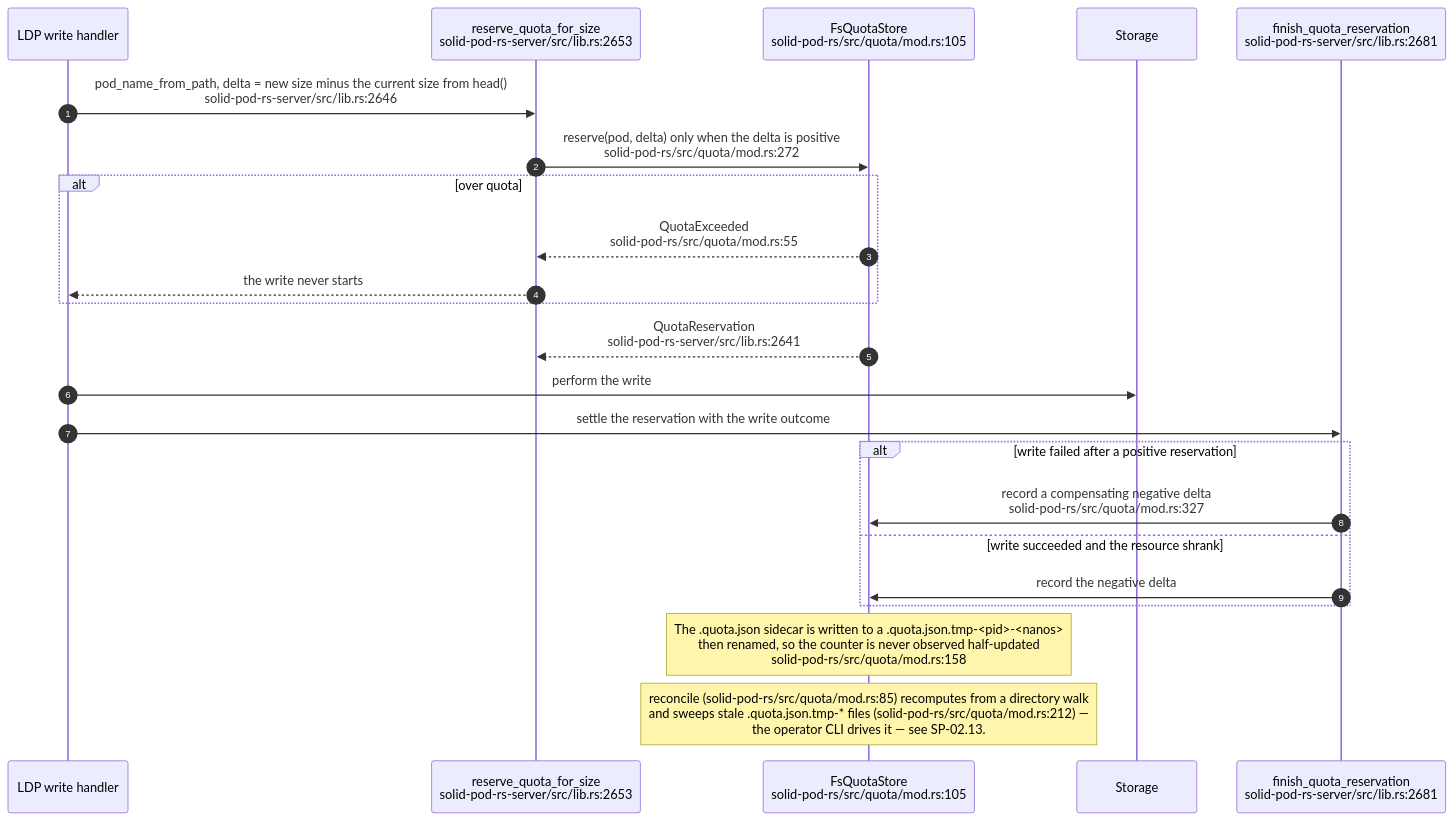
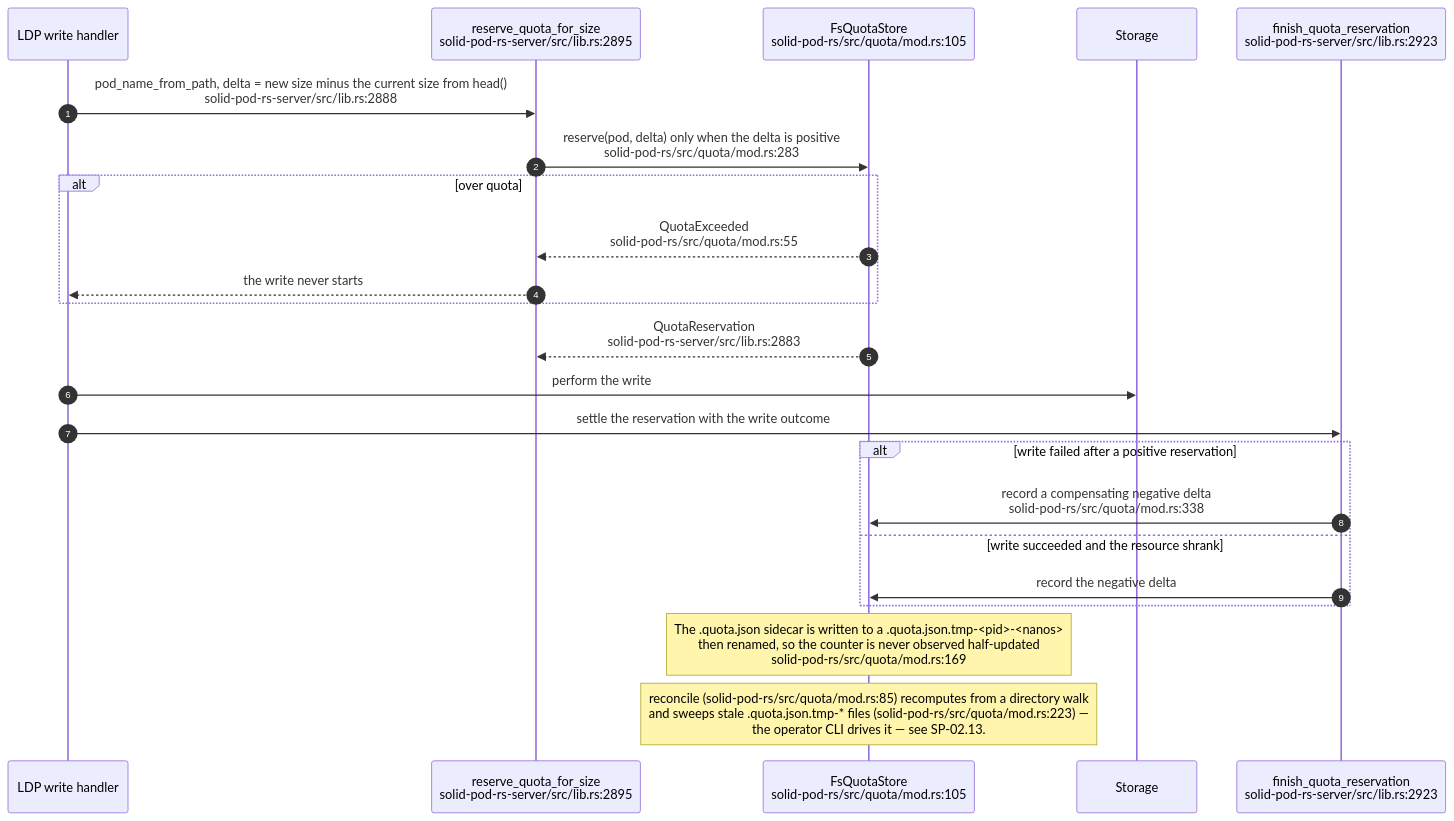
Before and after one commit to DreamLab-AI/VisionFlow: the fifth of 11 diagrams in docs/diagrams/solid-pod-rs/06-storage-quota-and-git-pods.md, drawn with Mermaid. The commit also changed other lines of this file and 59 other files, not shown here.

First line of the commit message:
docs(diagrams): re-derive and re-stamp forum, website, pod, ontomark and sealmap topics

````diff
--- a/docs/diagrams/solid-pod-rs/06-storage-quota-and-git-pods.md
+++ b/docs/diagrams/solid-pod-rs/06-storage-quota-and-git-pods.md
@@ -143,26 +145,26 @@
 ```mermaid
 sequenceDiagram
     autonumber
     participant H as LDP write handler
-    participant RQ as reserve_quota_for_size<br/>solid-pod-rs-server/src/lib.rs:2653
+    participant RQ as reserve_quota_for_size<br/>solid-pod-rs-server/src/lib.rs:2895
     participant Q as FsQuotaStore<br/>solid-pod-rs/src/quota/mod.rs:105
     participant S as Storage
-    participant FQ as finish_quota_reservation<br/>solid-pod-rs-server/src/lib.rs:2681
+    participant FQ as finish_quota_reservation<br/>solid-pod-rs-server/src/lib.rs:2923
 
-    H->>RQ: pod_name_from_path, delta = new size minus the current size from head()<br/>solid-pod-rs-server/src/lib.rs:2646
-    RQ->>Q: reserve(pod, delta) only when the delta is positive<br/>solid-pod-rs/src/quota/mod.rs:272
+    H->>RQ: pod_name_from_path, delta = new size minus the current size from head()<br/>solid-pod-rs-server/src/lib.rs:2888
+    RQ->>Q: reserve(pod, delta) only when the delta is positive<br/>solid-pod-rs/src/quota/mod.rs:283
     alt over quota
         Q-->>RQ: QuotaExceeded<br/>solid-pod-rs/src/quota/mod.rs:55
         RQ-->>H: the write never starts
     end
-    Q-->>RQ: QuotaReservation<br/>solid-pod-rs-server/src/lib.rs:2641
+    Q-->>RQ: QuotaReservation<br/>solid-pod-rs-server/src/lib.rs:2883
     H->>S: perform the write
     H->>FQ: settle the reservation with the write outcome
     alt write failed after a positive reservation
-        FQ->>Q: record a compensating negative delta<br/>solid-pod-rs/src/quota/mod.rs:327
+        FQ->>Q: record a compensating negative delta<br/>solid-pod-rs/src/quota/mod.rs:338
     else write succeeded and the resource shrank
         FQ->>Q: record the negative delta
     end
-    Note over Q: The .quota.json sidecar is written to a .quota.json.tmp-<pid>-<nanos><br/>then renamed, so the counter is never observed half-updated<br/>solid-pod-rs/src/quota/mod.rs:158
-    Note over Q: reconcile (solid-pod-rs/src/quota/mod.rs:85) recomputes from a directory walk<br/>and sweeps stale .quota.json.tmp-* files (solid-pod-rs/src/quota/mod.rs:212) —<br/>the operator CLI drives it — see SP-02.13.
+    Note over Q: The .quota.json sidecar is written to a .quota.json.tmp-<pid>-<nanos><br/>then renamed, so the counter is never observed half-updated<br/>solid-pod-rs/src/quota/mod.rs:169
+    Note over Q: reconcile (solid-pod-rs/src/quota/mod.rs:85) recomputes from a directory walk<br/>and sweeps stale .quota.json.tmp-* files (solid-pod-rs/src/quota/mod.rs:223) —<br/>the operator CLI drives it — see SP-02.13.
 ```
````
